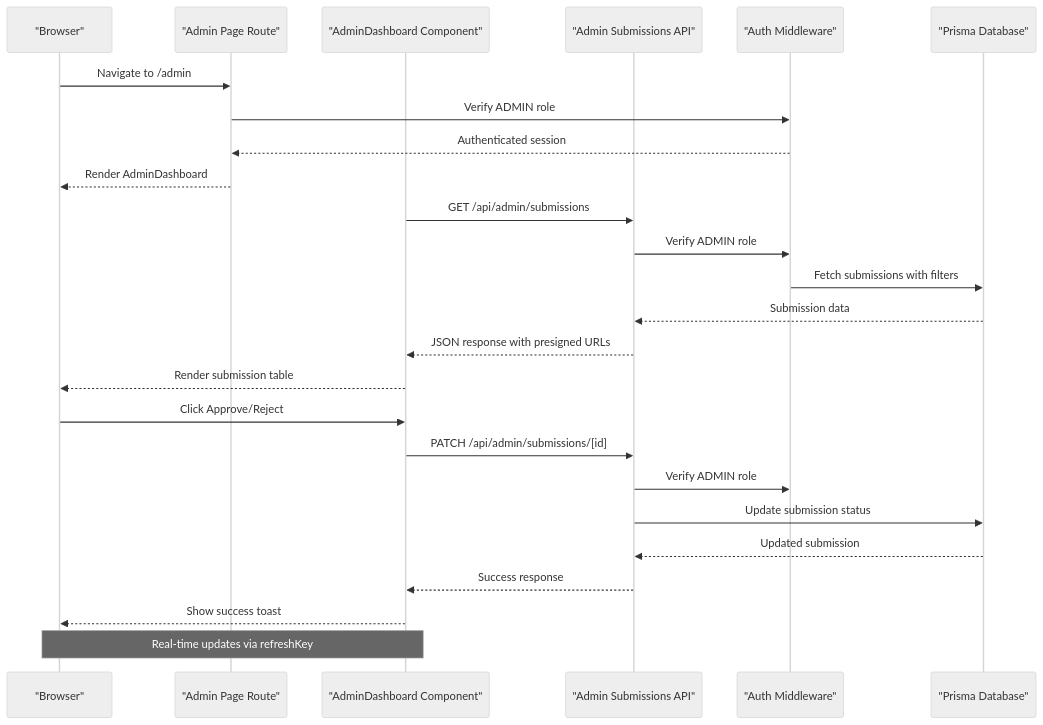
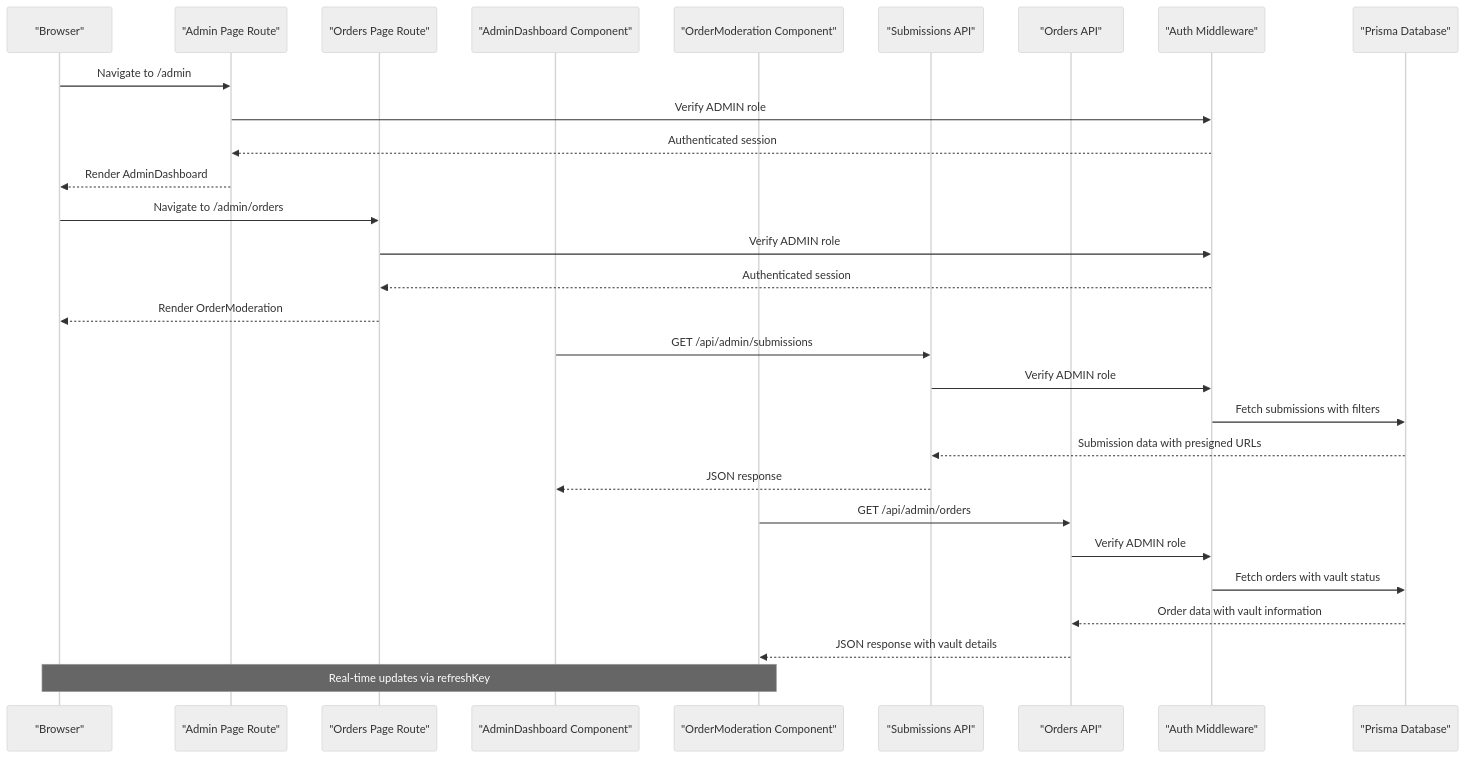
One commit to Crowdspender/titchybooks-app changed the second of 7 diagrams in .qoder/repowiki/en/content/Administrative Features/Admin Dashboard Interface.md. Above: the diagram before and after it, drawn with Mermaid (neutral theme). The commit also changed other lines of this file and 74 other files, not shown here.

````diff
--- a/.qoder/repowiki/en/content/Administrative Features/Admin Dashboard Interface.md
+++ b/.qoder/repowiki/en/content/Administrative Features/Admin Dashboard Interface.md
@@ -100,27 +128,31 @@
 ```mermaid
 sequenceDiagram
 participant Browser as "Browser"
 participant AdminPage as "Admin Page Route"
+participant OrdersPage as "Orders Page Route"
 participant Dashboard as "AdminDashboard Component"
-participant API as "Admin Submissions API"
+participant OrderModeration as "OrderModeration Component"
+participant SubmissionsAPI as "Submissions API"
+participant OrdersAPI as "Orders API"
 participant Auth as "Auth Middleware"
 participant DB as "Prisma Database"
 Browser->>AdminPage : Navigate to /admin
 AdminPage->>Auth : Verify ADMIN role
 Auth-->>AdminPage : Authenticated session
 AdminPage-->>Browser : Render AdminDashboard
-Dashboard->>API : GET /api/admin/submissions
-API->>Auth : Verify ADMIN role
+Browser->>OrdersPage : Navigate to /admin/orders
+OrdersPage->>Auth : Verify ADMIN role
+Auth-->>OrdersPage : Authenticated session
+OrdersPage-->>Browser : Render OrderModeration
+Dashboard->>SubmissionsAPI : GET /api/admin/submissions
+SubmissionsAPI->>Auth : Verify ADMIN role
 Auth->>DB : Fetch submissions with filters
-DB-->>API : Submission data
-API-->>Dashboard : JSON response with presigned URLs
-Dashboard-->>Browser : Render submission table
-Browser->>Dashboard : Click Approve/Reject
-Dashboard->>API : PATCH /api/admin/submissions/[id]
-API->>Auth : Verify ADMIN role
-API->>DB : Update submission status
-DB-->>API : Updated submission
-API-->>Dashboard : Success response
-Dashboard-->>Browser : Show success toast
-Note over Browser,Dashboard : Real-time updates via refreshKey
+DB-->>SubmissionsAPI : Submission data with presigned URLs
+SubmissionsAPI-->>Dashboard : JSON response
+OrderModeration->>OrdersAPI : GET /api/admin/orders
+OrdersAPI->>Auth : Verify ADMIN role
+Auth->>DB : Fetch orders with vault status
+DB-->>OrdersAPI : Order data with vault information
+OrdersAPI-->>OrderModeration : JSON response with vault details
+Note over Browser,OrderModeration : Real-time updates via refreshKey
 ```
````
